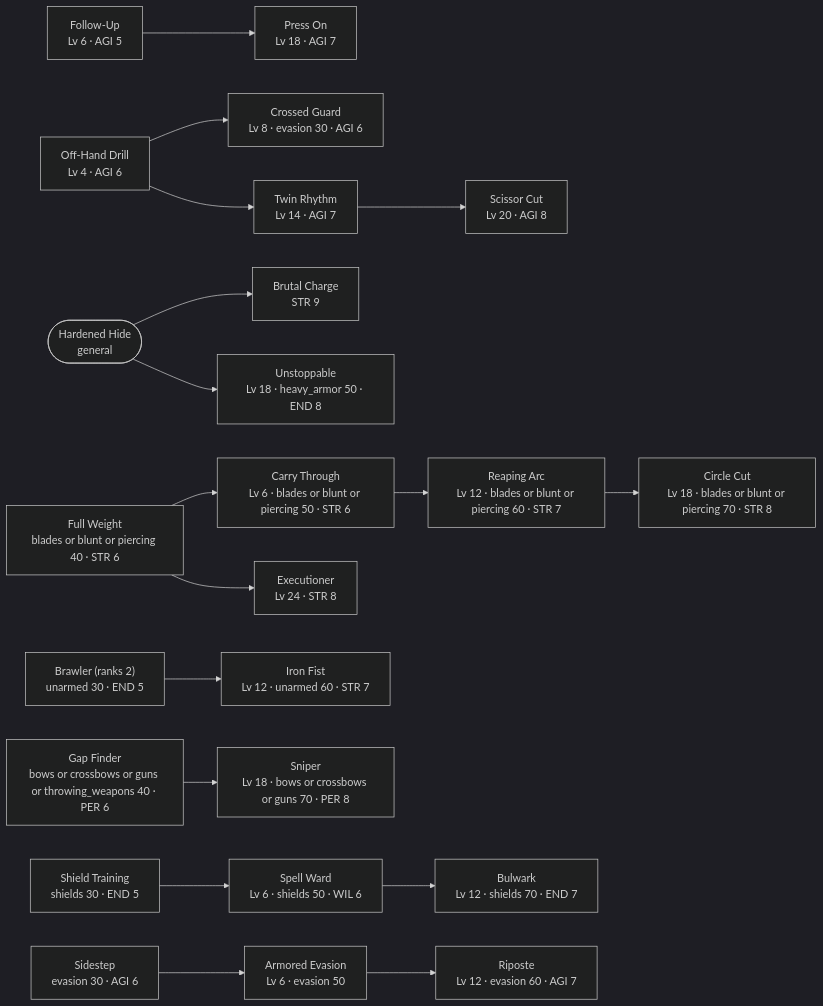
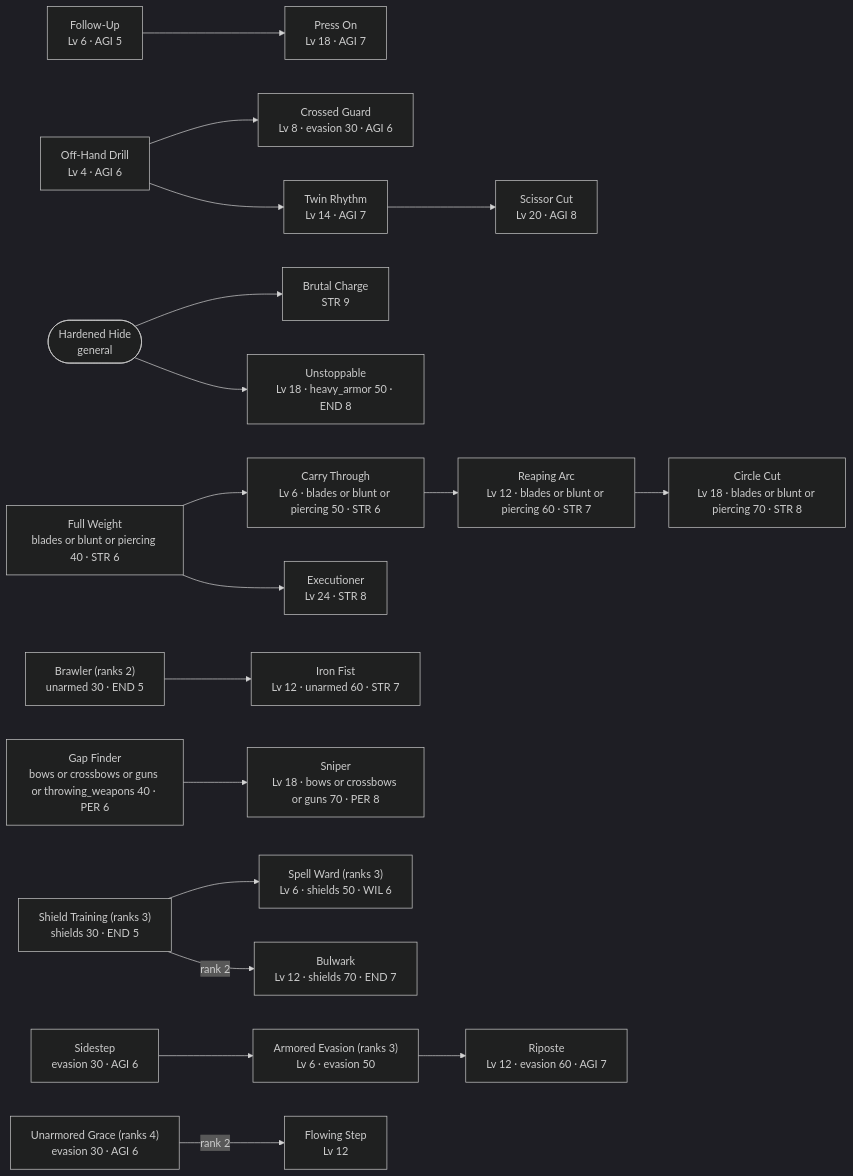
Before and after one commit to SETA1609/riftweave-core: the first of 5 diagrams in docs/core/perk-ladders.md, drawn with Mermaid (dark theme). The commit also changed other lines of this file and 55 other files, not shown here.

First line of the commit message:
GD_S05_03 Defense perk ladders: shields, shield bash, evasion, no armor, and armor on casting (#255)

````diff
--- a/docs/core/perk-ladders.md
+++ b/docs/core/perk-ladders.md
@@ -18,43 +18,46 @@
 ```mermaid
 graph LR
   full_weight["Full Weight<br/>blades or blunt or piercing 40 · STR 6"]
   gap_finder["Gap Finder<br/>bows or crossbows or guns or throwing_weapons 40 · PER 6"]
   brutal_charge["Brutal Charge<br/>STR 9"]
   carry_through["Carry Through<br/>Lv 6 · blades or blunt or piercing 50 · STR 6"]
   reaping_arc["Reaping Arc<br/>Lv 12 · blades or blunt or piercing 60 · STR 7"]
   circle_cut["Circle Cut<br/>Lv 18 · blades or blunt or piercing 70 · STR 8"]
   follow_up["Follow-Up<br/>Lv 6 · AGI 5"]
   press_on["Press On<br/>Lv 18 · AGI 7"]
   off_hand_drill["Off-Hand Drill<br/>Lv 4 · AGI 6"]
   crossed_guard["Crossed Guard<br/>Lv 8 · evasion 30 · AGI 6"]
   twin_rhythm["Twin Rhythm<br/>Lv 14 · AGI 7"]
   scissor_cut["Scissor Cut<br/>Lv 20 · AGI 8"]
   brawler["Brawler (ranks 2)<br/>unarmed 30 · END 5"]
   iron_fist["Iron Fist<br/>Lv 12 · unarmed 60 · STR 7"]
   sniper["Sniper<br/>Lv 18 · bows or crossbows or guns 70 · PER 8"]
   unstoppable["Unstoppable<br/>Lv 18 · heavy_armor 50 · END 8"]
   executioner["Executioner<br/>Lv 24 · STR 8"]
-  shield_training["Shield Training<br/>shields 30 · END 5"]
-  spell_ward["Spell Ward<br/>Lv 6 · shields 50 · WIL 6"]
+  shield_training["Shield Training (ranks 3)<br/>shields 30 · END 5"]
+  spell_ward["Spell Ward (ranks 3)<br/>Lv 6 · shields 50 · WIL 6"]
   bulwark["Bulwark<br/>Lv 12 · shields 70 · END 7"]
   sidestep["Sidestep<br/>evasion 30 · AGI 6"]
-  armored_evasion["Armored Evasion<br/>Lv 6 · evasion 50"]
+  armored_evasion["Armored Evasion (ranks 3)<br/>Lv 6 · evasion 50"]
+  unarmored_grace["Unarmored Grace (ranks 4)<br/>evasion 30 · AGI 6"]
+  flowing_step["Flowing Step<br/>Lv 12"]
   riposte["Riposte<br/>Lv 12 · evasion 60 · AGI 7"]
   hardened_hide(["Hardened Hide<br/>general"])
   hardened_hide --> brutal_charge
   full_weight --> carry_through
   carry_through --> reaping_arc
   reaping_arc --> circle_cut
   follow_up --> press_on
   off_hand_drill --> crossed_guard
   off_hand_drill --> twin_rhythm
   twin_rhythm --> scissor_cut
   brawler --> iron_fist
   gap_finder --> sniper
   hardened_hide --> unstoppable
   full_weight --> executioner
   shield_training --> spell_ward
-  spell_ward --> bulwark
+  shield_training -- rank 2 --> bulwark
   sidestep --> armored_evasion
+  unarmored_grace -- rank 2 --> flowing_step
   armored_evasion --> riposte
 ```
````
